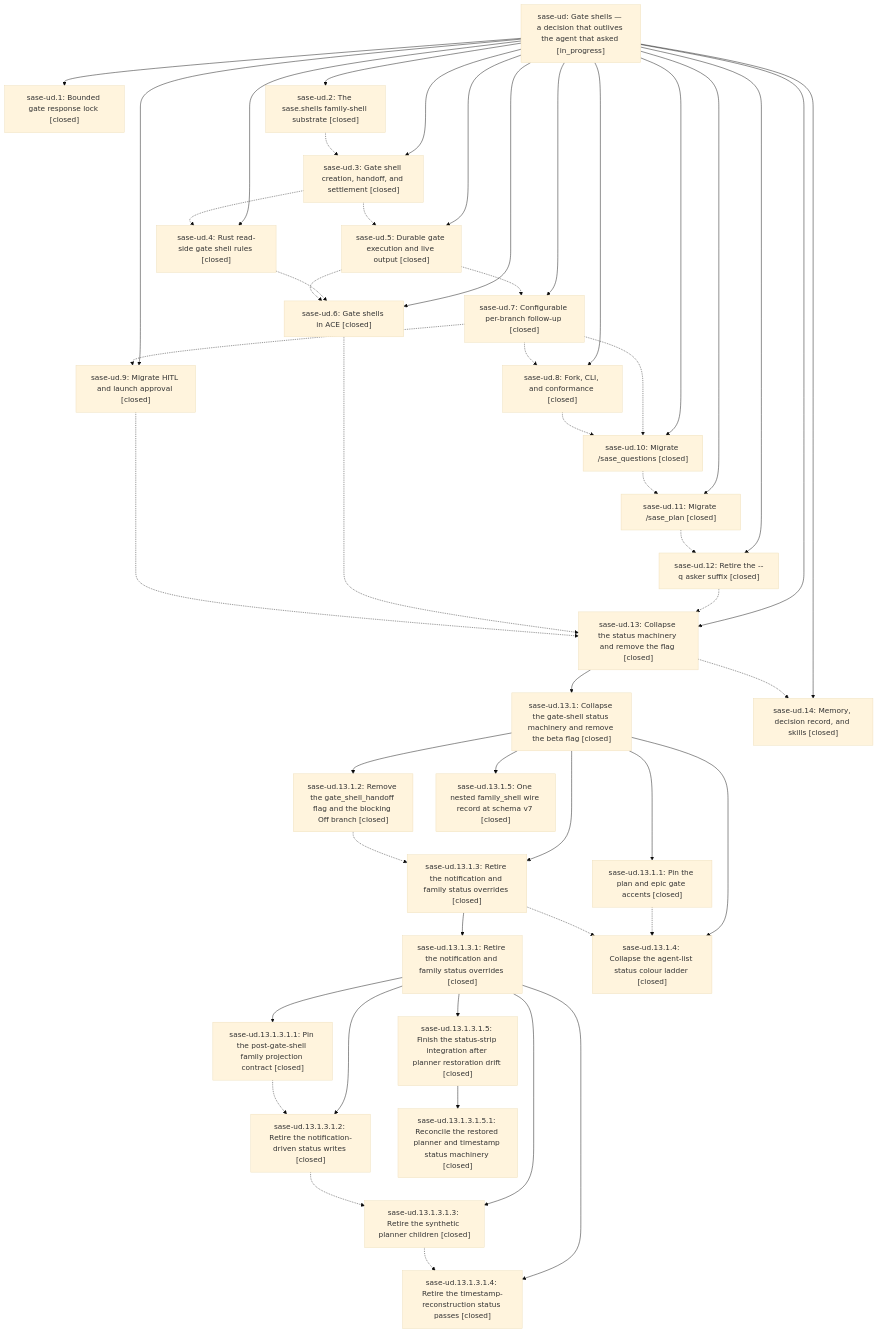
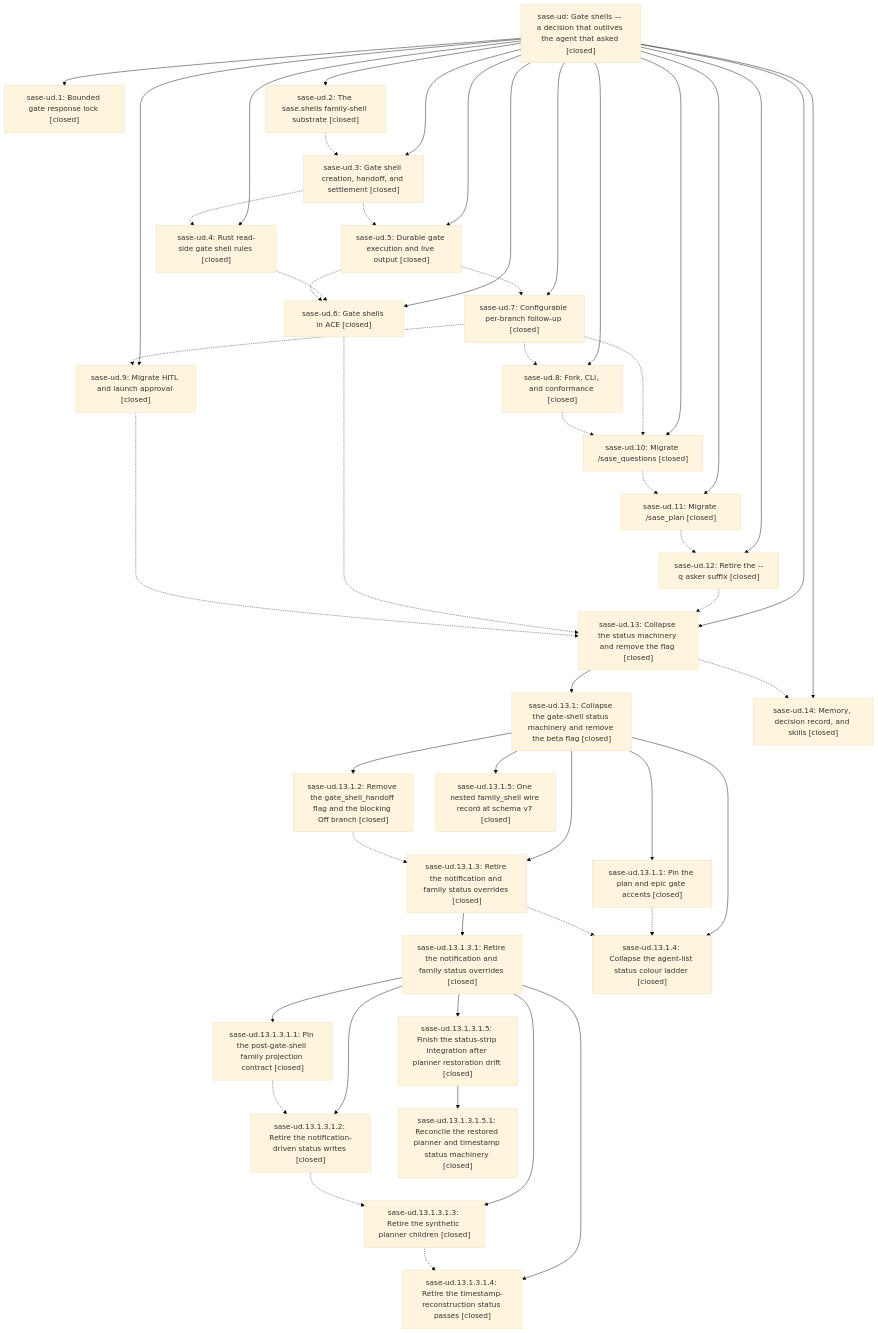
One commit to sase-org/sase--beads changed the diagram in pages/sase-ud/README.md. Above: the diagram before and after it, drawn with Mermaid (base theme). The commit also changed other lines of this file, not shown here.

First line of the commit message:
chore(beads): sync bead state and pages for sase-ud

````diff
--- a/pages/sase-ud/README.md
+++ b/pages/sase-ud/README.md
@@ -61,80 +70,80 @@
 ```mermaid
 flowchart TD
-    n0["sase-ud: Gate shells — a decision that outlives the agent that asked [in_progress]"]
+    n0["sase-ud: Gate shells — a decision that outlives the agent that asked [closed]"]
     n1["sase-ud.1: Bounded gate response lock [closed]"]
     n2["sase-ud.10: Migrate /sase_questions [closed]"]
     n3["sase-ud.11: Migrate /sase_plan [closed]"]
     n4["sase-ud.12: Retire the --q asker suffix [closed]"]
     n5["sase-ud.13: Collapse the status machinery and remove the flag [closed]"]
     n6["sase-ud.13.1: Collapse the gate-shell status machinery and remove the beta flag [closed]"]
     n7["sase-ud.13.1.1: Pin the plan and epic gate accents [closed]"]
     n8["sase-ud.13.1.2: Remove the gate_shell_handoff flag and the blocking Off branch [closed]"]
     n9["sase-ud.13.1.3: Retire the notification and family status overrides [closed]"]
     n10["sase-ud.13.1.3.1: Retire the notification and family status overrides [closed]"]
     n11["sase-ud.13.1.3.1.1: Pin the post-gate-shell family projection contract [closed]"]
     n12["sase-ud.13.1.3.1.2: Retire the notification-driven status writes [closed]"]
     n13["sase-ud.13.1.3.1.3: Retire the synthetic planner children [closed]"]
     n14["sase-ud.13.1.3.1.4: Retire the timestamp-reconstruction status passes [closed]"]
     n15["sase-ud.13.1.3.1.5: Finish the status-strip integration after planner restoration drift [closed]"]
     n16["sase-ud.13.1.3.1.5.1: Reconcile the restored planner and timestamp status machinery [closed]"]
     n17["sase-ud.13.1.4: Collapse the agent-list status colour ladder [closed]"]
     n18["sase-ud.13.1.5: One nested family_shell wire record at schema v7 [closed]"]
     n19["sase-ud.14: Memory, decision record, and skills [closed]"]
     n20["sase-ud.2: The sase.shells family-shell substrate [closed]"]
     n21["sase-ud.3: Gate shell creation, handoff, and settlement [closed]"]
     n22["sase-ud.4: Rust read-side gate shell rules [closed]"]
     n23["sase-ud.5: Durable gate execution and live output [closed]"]
     n24["sase-ud.6: Gate shells in ACE [closed]"]
     n25["sase-ud.7: Configurable per-branch follow-up [closed]"]
     n26["sase-ud.8: Fork, CLI, and conformance [closed]"]
     n27["sase-ud.9: Migrate HITL and launch approval [closed]"]
     n0 --> n1
     n0 --> n2
     n0 --> n3
     n0 --> n4
     n0 --> n5
     n5 --> n6
     n6 --> n7
     n6 --> n8
     n6 --> n9
     n9 --> n10
     n10 --> n11
     n10 --> n12
     n10 --> n13
     n10 --> n14
     n10 --> n15
     n15 --> n16
     n6 --> n17
     n6 --> n18
     n0 --> n19
     n0 --> n20
     n0 --> n21
     n0 --> n22
     n0 --> n23
     n0 --> n24
     n0 --> n25
     n0 --> n26
     n0 --> n27
     n2 -.-> n3
     n3 -.-> n4
     n4 -.-> n5
     n5 -.-> n19
     n7 -.-> n17
     n8 -.-> n9
     n9 -.-> n17
     n11 -.-> n12
     n12 -.-> n13
     n13 -.-> n14
     n20 -.-> n21
     n21 -.-> n22
     n21 -.-> n23
     n22 -.-> n24
     n23 -.-> n24
     n23 -.-> n25
     n24 -.-> n5
     n25 -.-> n2
     n25 -.-> n26
     n25 -.-> n27
     n26 -.-> n2
     n27 -.-> n5
 ```
````
